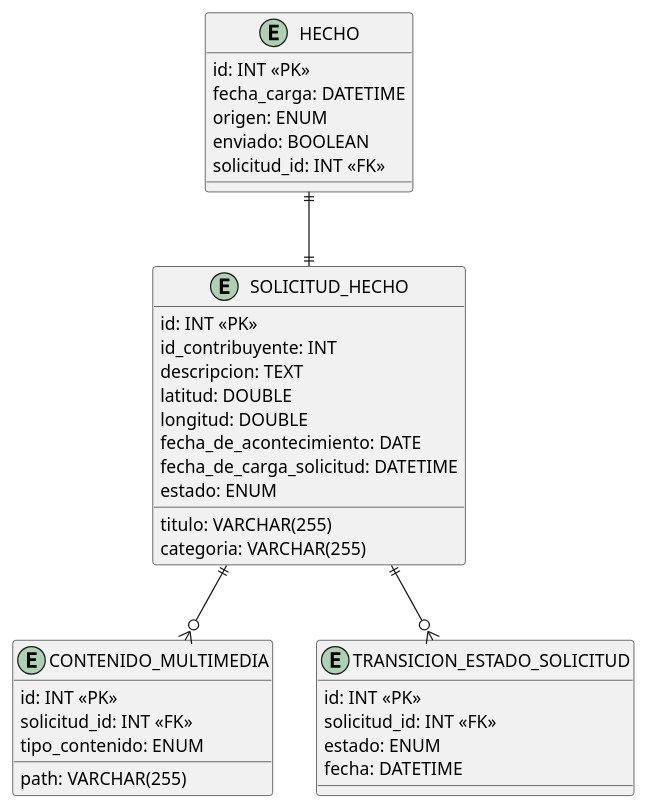
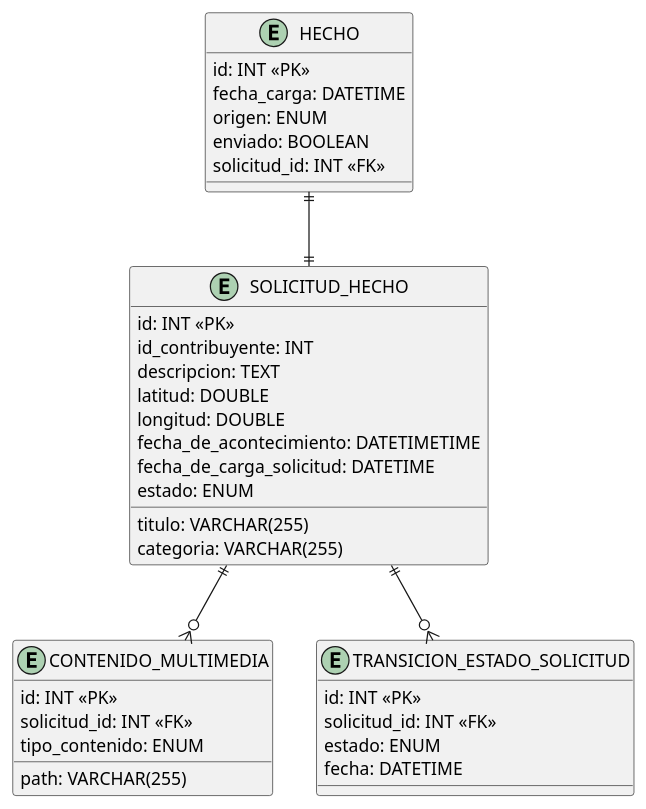
One commit to NicolasPazz/metamapa changed the diagram in entregables/entrega-final/diagrama-entidad-relacion/dinamica.puml. Above: the diagram before and after it, drawn with PlantUML. The commit also changed 84 other files, not shown here.

```diff
--- a/entregables/entrega-final/diagrama-entidad-relacion/dinamica.puml
+++ b/entregables/entrega-final/diagrama-entidad-relacion/dinamica.puml
@@ -1,42 +1,42 @@
 @startuml
 
 entity "HECHO" as h {
 id: INT <<PK>>
 fecha_carga: DATETIME
 origen: ENUM
 enviado: BOOLEAN
 solicitud_id: INT <<FK>>
 }
 
 entity "SOLICITUD_HECHO" as sh {
 id: INT <<PK>>
 id_contribuyente: INT
 titulo: VARCHAR(255)
 descripcion: TEXT
 categoria: VARCHAR(255)
 latitud: DOUBLE
 longitud: DOUBLE
-fecha_de_acontecimiento: DATE
+fecha_de_acontecimiento: DATETIMETIME
 fecha_de_carga_solicitud: DATETIME
 estado: ENUM
 }
 
 entity "CONTENIDO_MULTIMEDIA" as cm {
 id: INT <<PK>>
 solicitud_id: INT <<FK>>
 path: VARCHAR(255)
 tipo_contenido: ENUM
 }
 
 entity "TRANSICION_ESTADO_SOLICITUD" as tes {
 id: INT <<PK>>
 solicitud_id: INT <<FK>>
 estado: ENUM
 fecha: DATETIME
 }
 
 h ||--|| sh
 sh ||--o{ cm
 sh ||--o{ tes
 
 @enduml
```
